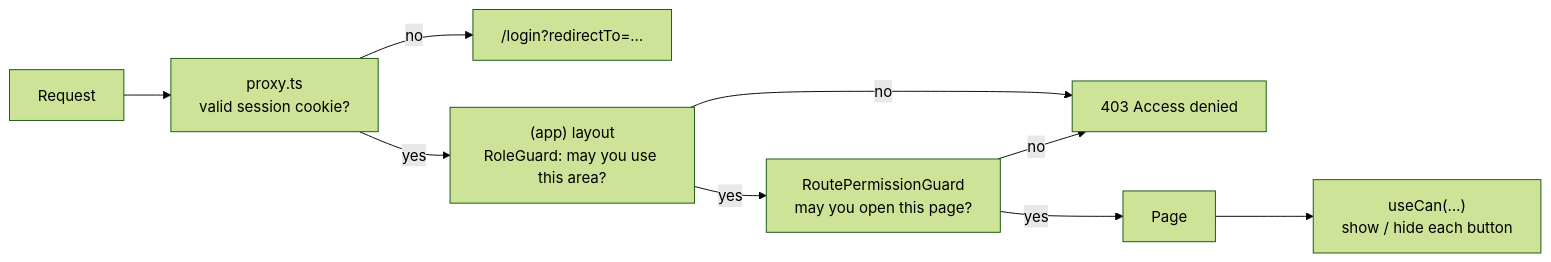
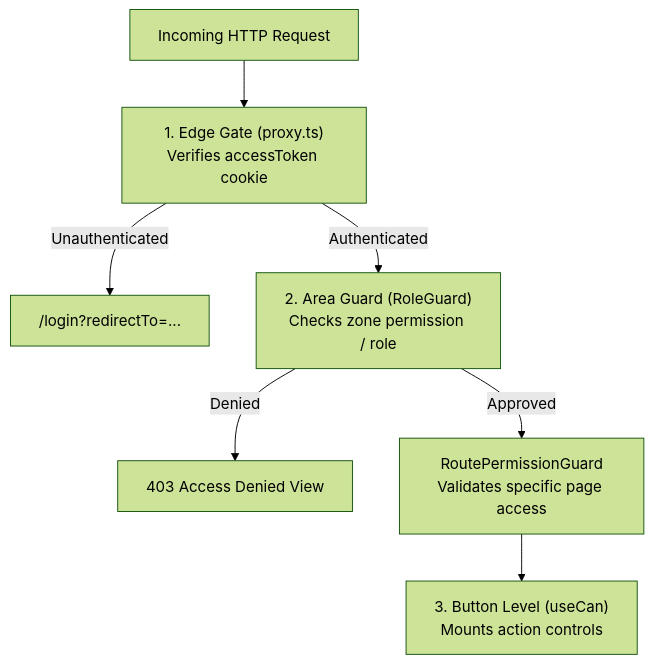
One commit to mariyamnavila/emnex-frontend changed the diagram in README.md. Above: the diagram before and after it, drawn with Mermaid (forest theme). The commit also changed other lines of this file and 5 other files, not shown here.

First line of the commit message:
docs: Add comprehensive documentation for EmNex Frontend architecture, deployment, pages, and design system

````diff
--- a/README.md
+++ b/README.md
@@ -122,10 +145,9 @@
 ```mermaid
-flowchart LR
-    R[Request] --> P["proxy.ts<br/>valid session cookie?"]
-    P -- no --> L["/login?redirectTo=…"]
-    P -- yes --> A["(app) layout<br/>RoleGuard: may you use this area?"]
-    A -- no --> D[403 Access denied]
-    A -- yes --> G["RoutePermissionGuard<br/>may you open this page?"]
-    G -- no --> D
-    G -- yes --> Page --> B["useCan(…)<br/>show / hide each button"]
+flowchart TD
+    Req[Incoming HTTP Request] --> Edge["1. Edge Gate (proxy.ts)<br/>Verifies accessToken cookie"]
+    Edge -- Unauthenticated --> Login["/login?redirectTo=..."]
+    Edge -- Authenticated --> Shell["2. Area Guard (RoleGuard)<br/>Checks zone permission / role"]
+    Shell -- Denied --> AccessDenied["403 Access Denied View"]
+    Shell -- Approved --> Page["RoutePermissionGuard<br/>Validates specific page access"]
+    Page --> UI["3. Button Level (useCan)<br/>Mounts action controls"]
 ```
````
